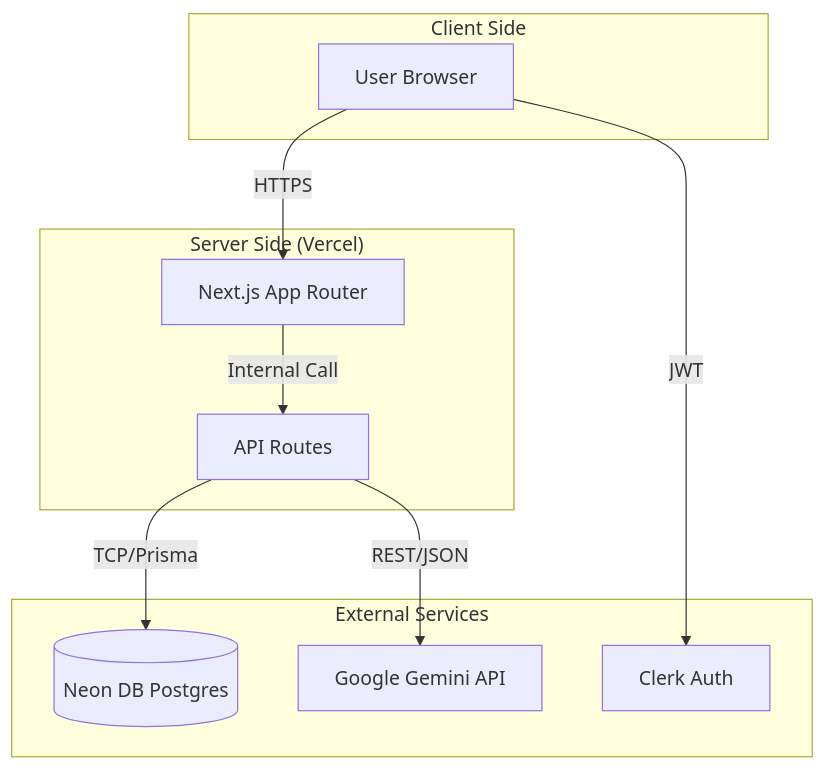
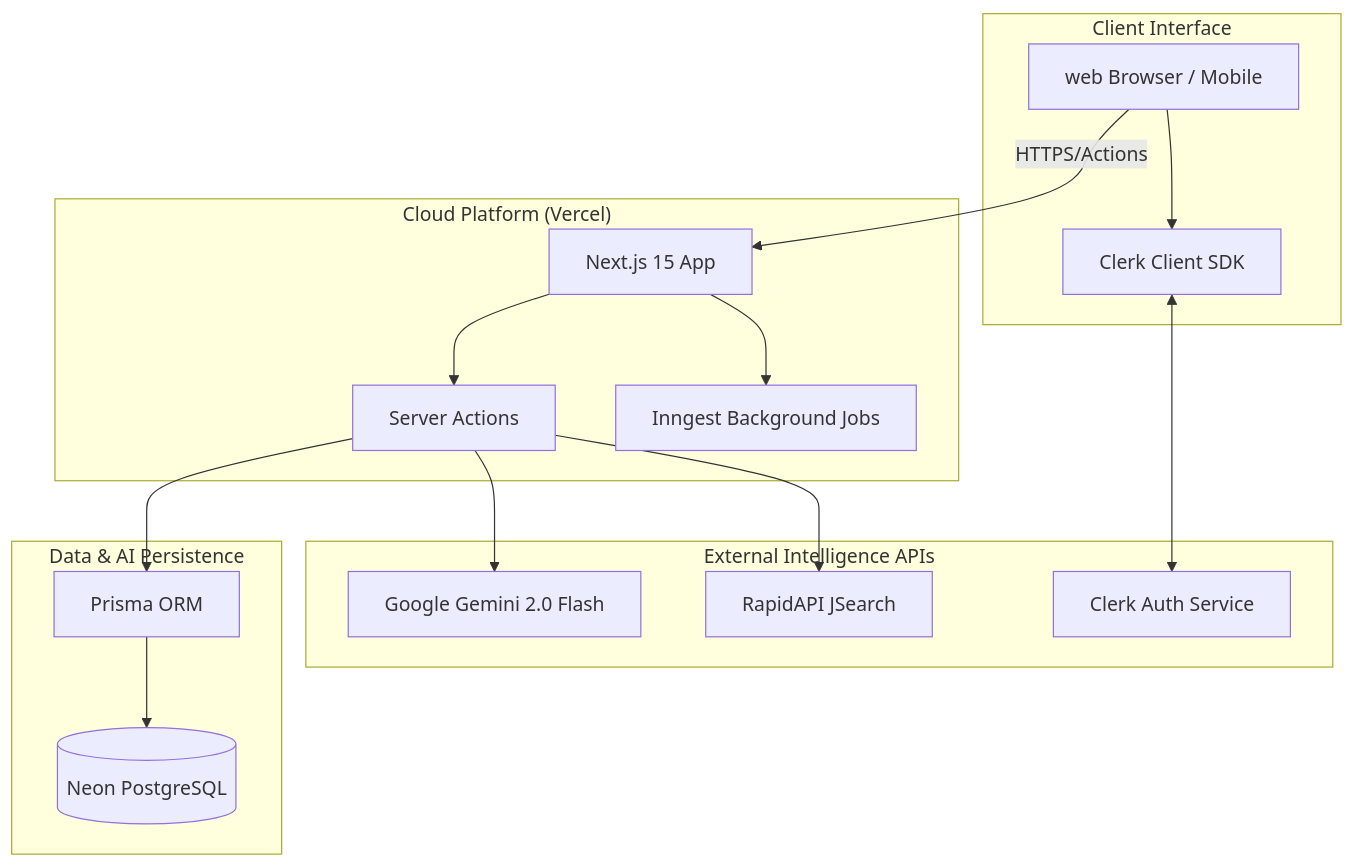
Before and after one commit to MohammedFawzaan/AI-Career-Pilot: the fifth of 5 diagrams in docs/UML_Diagrams.md, drawn with Mermaid. The commit also changed other lines of this file and 8 other files, not shown here.

````diff
--- a/docs/UML_Diagrams.md
+++ b/docs/UML_Diagrams.md
@@ -212,23 +191,34 @@
 ```mermaid
 graph TB
-    subgraph Client ["Client Side"]
-        Browser[User Browser]
+    subgraph Client ["Client Interface"]
+        Web[web Browser / Mobile]
+        AuthC[Clerk Client SDK]
     end
     
-    subgraph Server ["Server Side (Vercel)"]
-        NextJS[Next.js App Router]
-        API[API Routes]
+    subgraph Vercel ["Cloud Platform (Vercel)"]
+        NextJS[Next.js 15 App]
+        Actions[Server Actions]
+        Jobs[Inngest Background Jobs]
     end
     
-    subgraph External ["External Services"]
-        Neon[(Neon DB Postgres)]
-        Gemini[Google Gemini API]
-        Clerk[Clerk Auth]
+    subgraph Data ["Data & AI Persistence"]
+        Neon[(Neon PostgreSQL)]
+        Prisma[Prisma ORM]
+    end
+    
+    subgraph External ["External Intelligence APIs"]
+        Gemini[Google Gemini 2.0 Flash]
+        Rapid[RapidAPI JSearch]
+        Clerk[Clerk Auth Service]
     end
 
-    Browser -->|HTTPS| NextJS
-    NextJS -->|Internal Call| API
-    API -->|TCP/Prisma| Neon
-    API -->|REST/JSON| Gemini
-    Browser -->|JWT| Clerk
+    Web -->|HTTPS/Actions| NextJS
+    NextJS --> Actions
+    Actions --> Prisma
+    Prisma --> Neon
+    Actions --> Gemini
+    Actions --> Rapid
+    NextJS --> Jobs
+    Web --> AuthC
+    AuthC <--> Clerk
 ```
````
